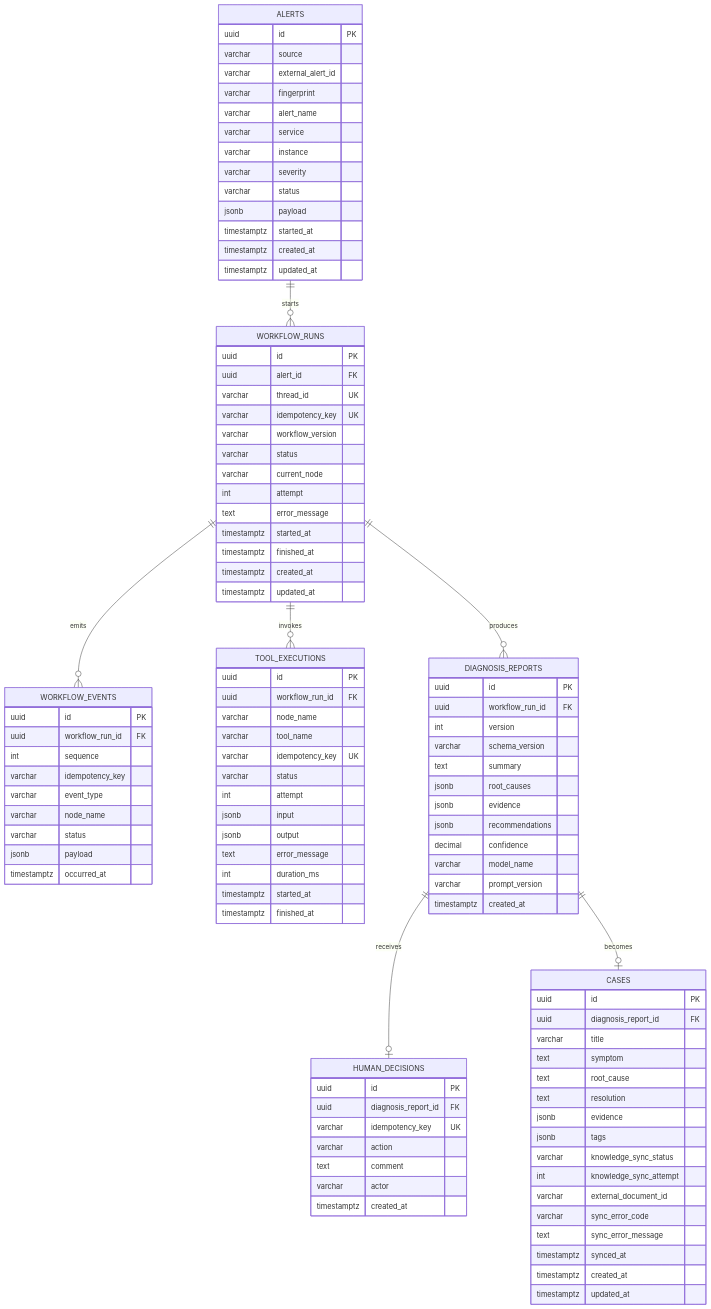
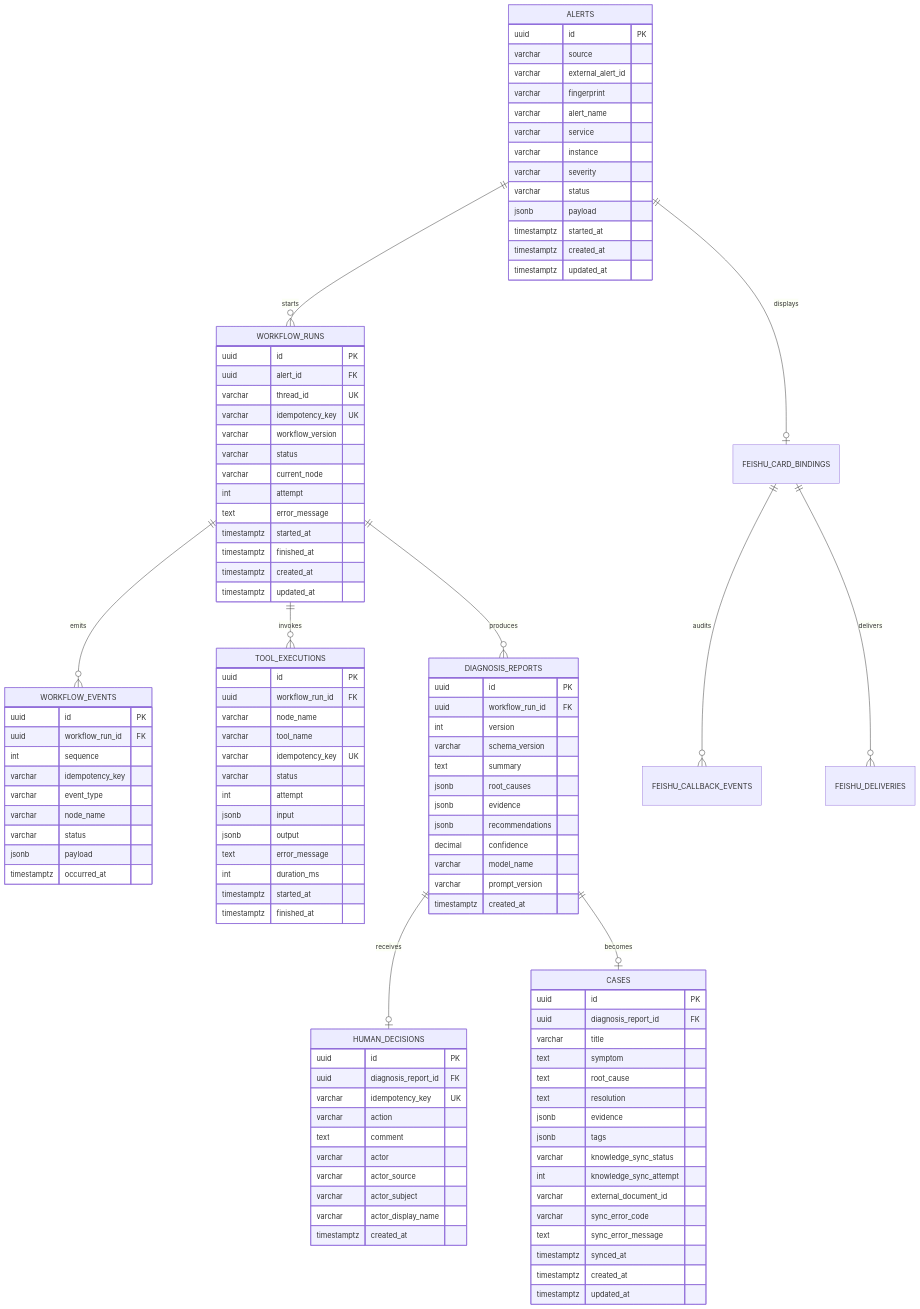
The diagram in docs/03-data-model.md (tsycheese/alert-sage), drawn with Mermaid before and after one commit. The commit also changed other lines of this file and 71 other files, not shown here.

```diff
--- a/docs/03-data-model.md
+++ b/docs/03-data-model.md
@@ -27,6 +27,9 @@
     WORKFLOW_RUNS ||--o{ DIAGNOSIS_REPORTS : produces
     DIAGNOSIS_REPORTS ||--o| HUMAN_DECISIONS : receives
     DIAGNOSIS_REPORTS ||--o| CASES : becomes
+    ALERTS ||--o| FEISHU_CARD_BINDINGS : displays
+    FEISHU_CARD_BINDINGS ||--o{ FEISHU_CALLBACK_EVENTS : audits
+    FEISHU_CARD_BINDINGS ||--o{ FEISHU_DELIVERIES : delivers
 
     ALERTS {
         uuid id PK
@@ -110,6 +113,9 @@
         varchar action
         text comment
         varchar actor
+        varchar actor_source
+        varchar actor_subject
+        varchar actor_display_name
         timestamptz created_at
     }
 
```
